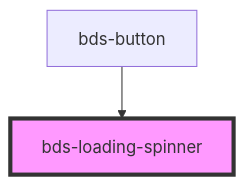
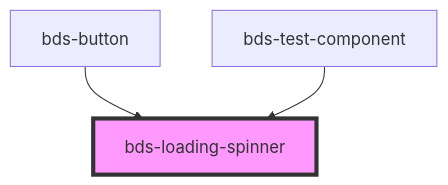
The diagram in src/components/loading-spinner/readme.md (takenet/blip-ds), drawn with Mermaid before and after one commit. The commit also changed other lines of this file and 73 other files, not shown here.

````diff
--- a/src/components/loading-spinner/readme.md
+++ b/src/components/loading-spinner/readme.md
@@ -25,5 +26,6 @@
 ```mermaid
 graph TD;
   bds-button --> bds-loading-spinner
+  bds-test-component --> bds-loading-spinner
   style bds-loading-spinner fill:#f9f,stroke:#333,stroke-width:4px
 ```
````
